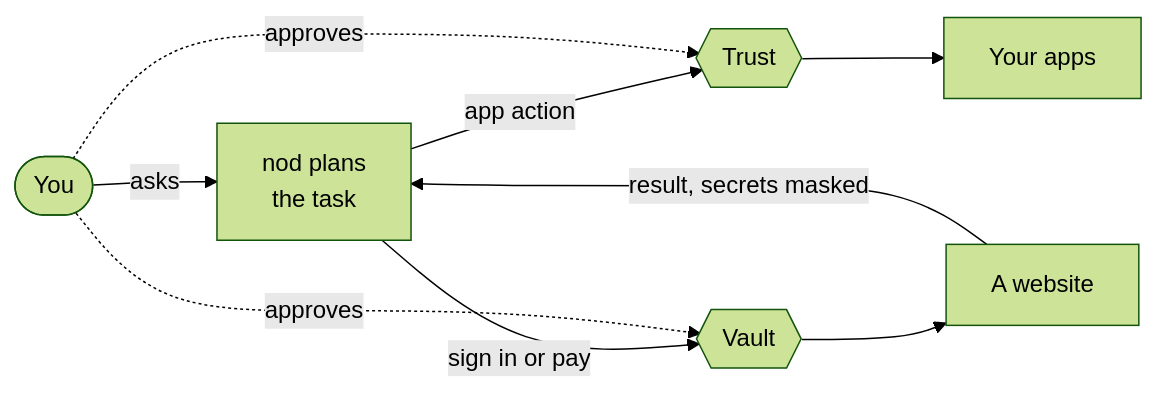
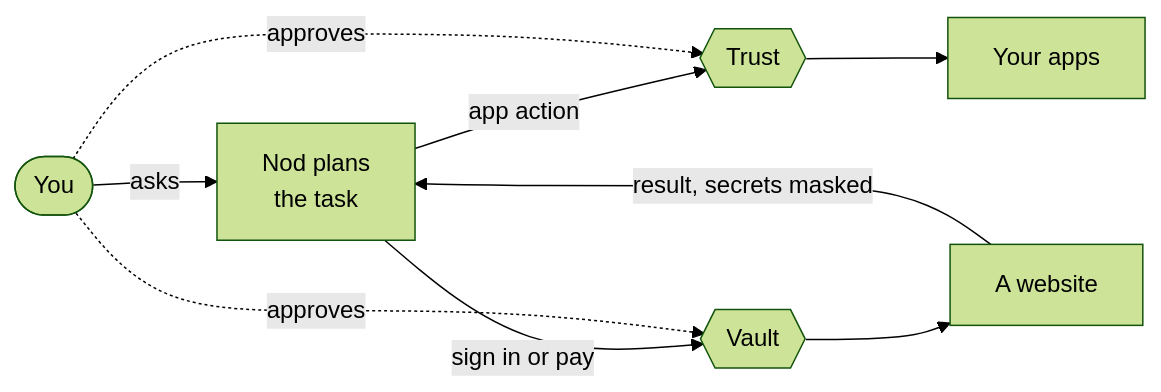
Before and after one commit to KrishBhimani/nod: the diagram in docs/src/content/docs/trust/index.mdx, drawn with Mermaid (forest theme). The commit also changed other lines of this file and 275 other files, not shown here.

````diff
--- a/docs/src/content/docs/trust/index.mdx
+++ b/docs/src/content/docs/trust/index.mdx
@@ -52,16 +52,16 @@
 ```mermaid
 flowchart LR
   you([You]):::accent
-  model[nod plans<br/>the task]
+  model[Nod plans<br/>the task]
   trust{{Trust}}:::accent
   vault{{Vault}}:::accent
   apps[Your apps]
   site[A website]
 
   you -- asks --> model
   model -- app action --> trust --> apps
   model -- sign in or pay --> vault --> site
   you -. approves .-> trust
   you -. approves .-> vault
   site -- result, secrets masked --> model
 ```
````
